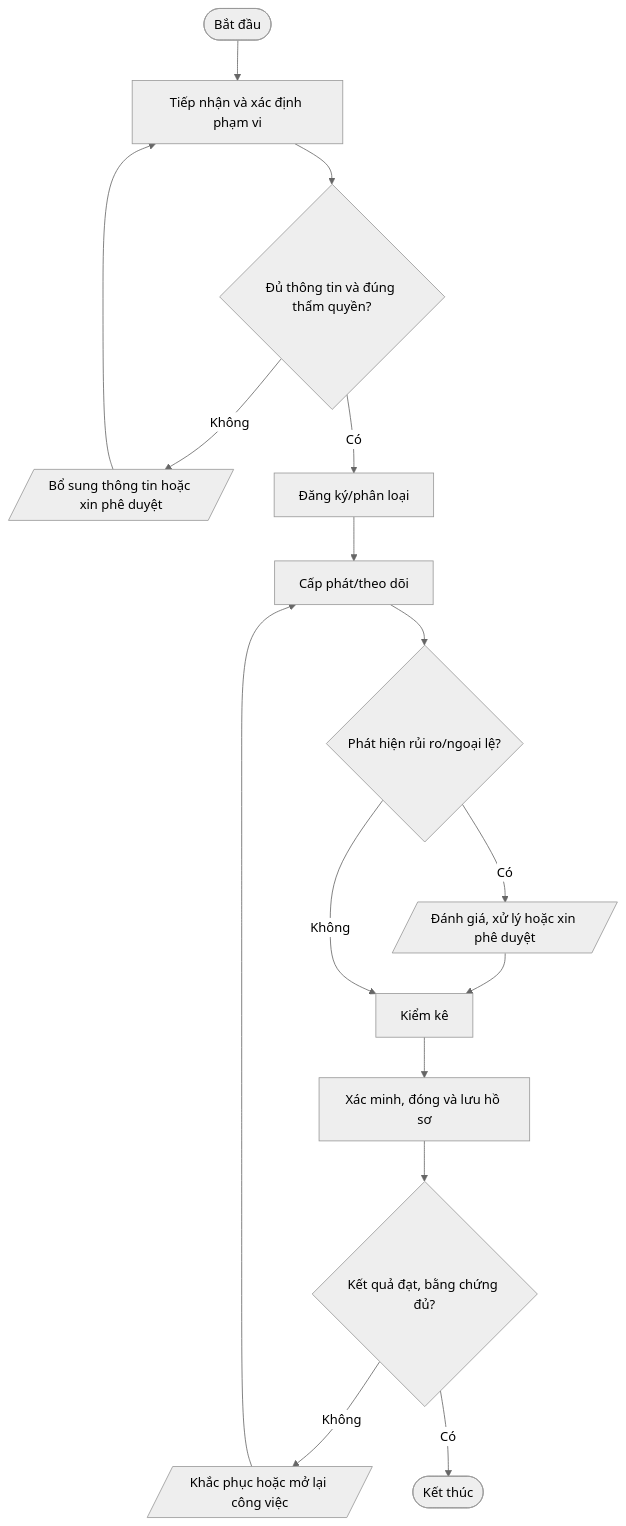
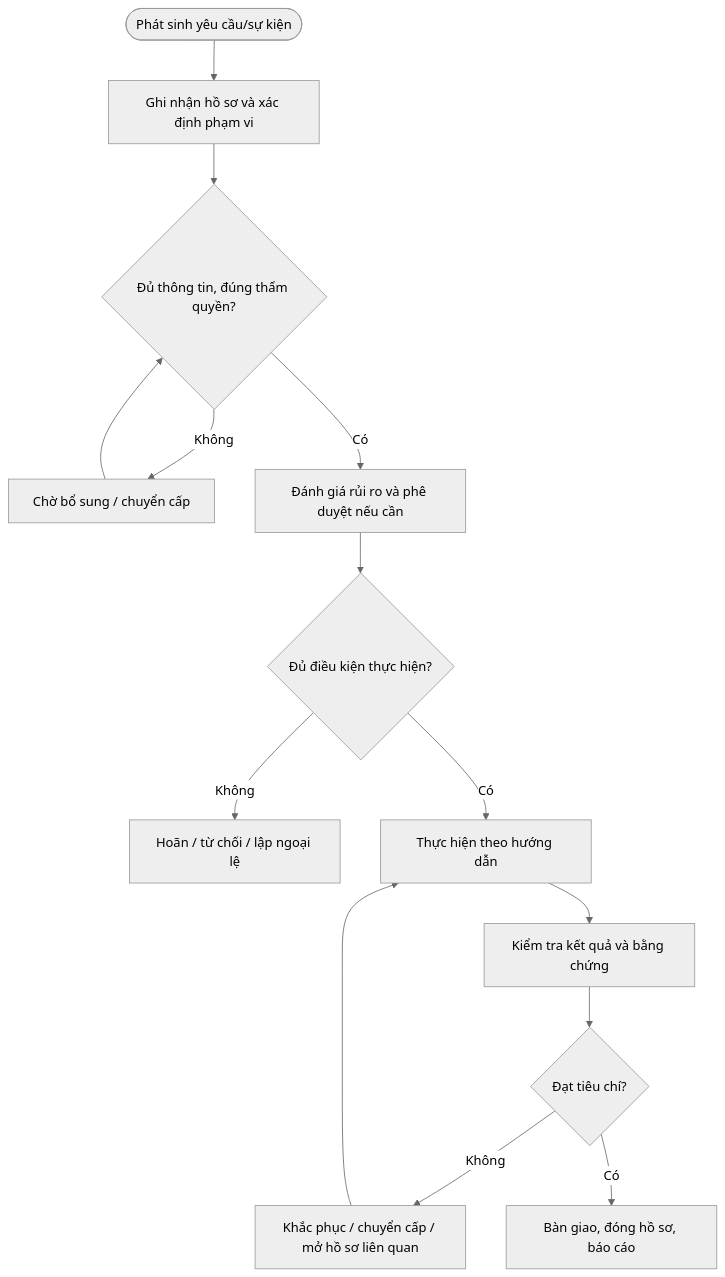
One commit to daoaigiangnam/Quy_Trinh_Chuan changed the diagram in quy-trinh/chi-tiet/QT-IT-10.md. Above: the diagram before and after it, drawn with Mermaid (neutral theme). The commit also changed other lines of this file, not shown here.

````diff
--- a/quy-trinh/chi-tiet/QT-IT-10.md
+++ b/quy-trinh/chi-tiet/QT-IT-10.md
@@ -31,18 +125,16 @@
 ```mermaid
 flowchart TD
-  A([Bắt đầu]) --> S1["Tiếp nhận và xác định phạm vi"]
-  S1 --> D1{"Đủ thông tin và đúng thẩm quyền?"}
-  D1 -- Không --> F1[/"Bổ sung thông tin hoặc xin phê duyệt"/]
-  F1 --> S1
-  D1 -- Có --> S2["Đăng ký/phân loại"]
-  S2 --> S3["Cấp phát/theo dõi"]
-  S3 --> D2{"Phát hiện rủi ro/ngoại lệ?"}
-  D2 -- Có --> RISK[/"Đánh giá, xử lý hoặc xin phê duyệt"/]
-  RISK --> S4["Kiểm kê"]
-  D2 -- Không --> S4
-  S4 --> S5["Xác minh, đóng và lưu hồ sơ"]
-  S5 --> D3{"Kết quả đạt, bằng chứng đủ?"}
-  D3 -- Không --> R[/"Khắc phục hoặc mở lại công việc"/]
-  R --> S3
-  D3 -- Có --> Z([Kết thúc])
+ A([Phát sinh yêu cầu/sự kiện]) --> B[Ghi nhận hồ sơ và xác định phạm vi]
+ B --> C{Đủ thông tin, đúng thẩm quyền?}
+ C -- Không --> D[Chờ bổ sung / chuyển cấp]
+ D --> C
+ C -- Có --> E[Đánh giá rủi ro và phê duyệt nếu cần]
+ E --> F{Đủ điều kiện thực hiện?}
+ F -- Không --> G[Hoãn / từ chối / lập ngoại lệ]
+ F -- Có --> H[Thực hiện theo hướng dẫn]
+ H --> I[Kiểm tra kết quả và bằng chứng]
+ I --> J{Đạt tiêu chí?}
+ J -- Không --> K[Khắc phục / chuyển cấp / mở hồ sơ liên quan]
+ K --> H
+ J -- Có --> L[Bàn giao, đóng hồ sơ, báo cáo]
 ```
````
